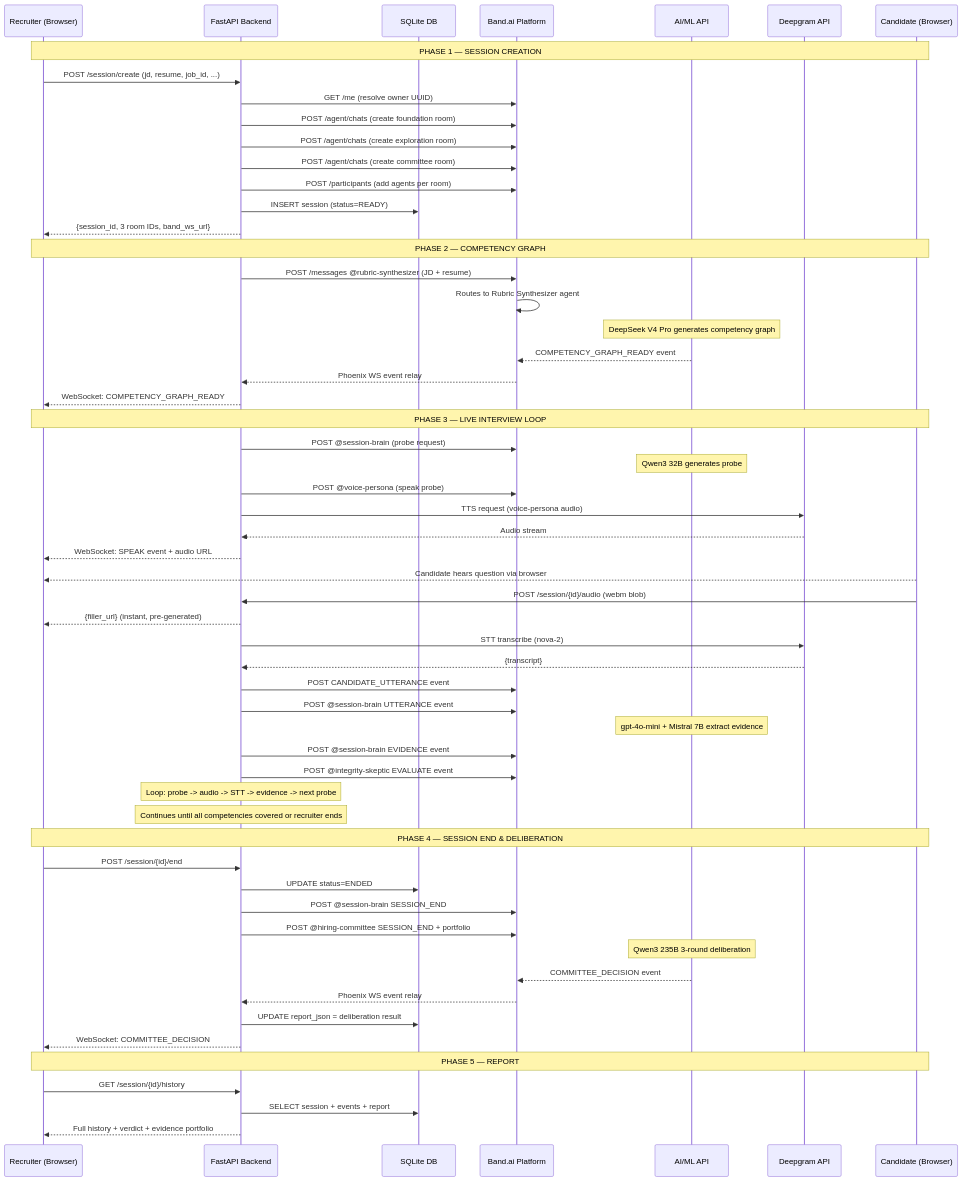
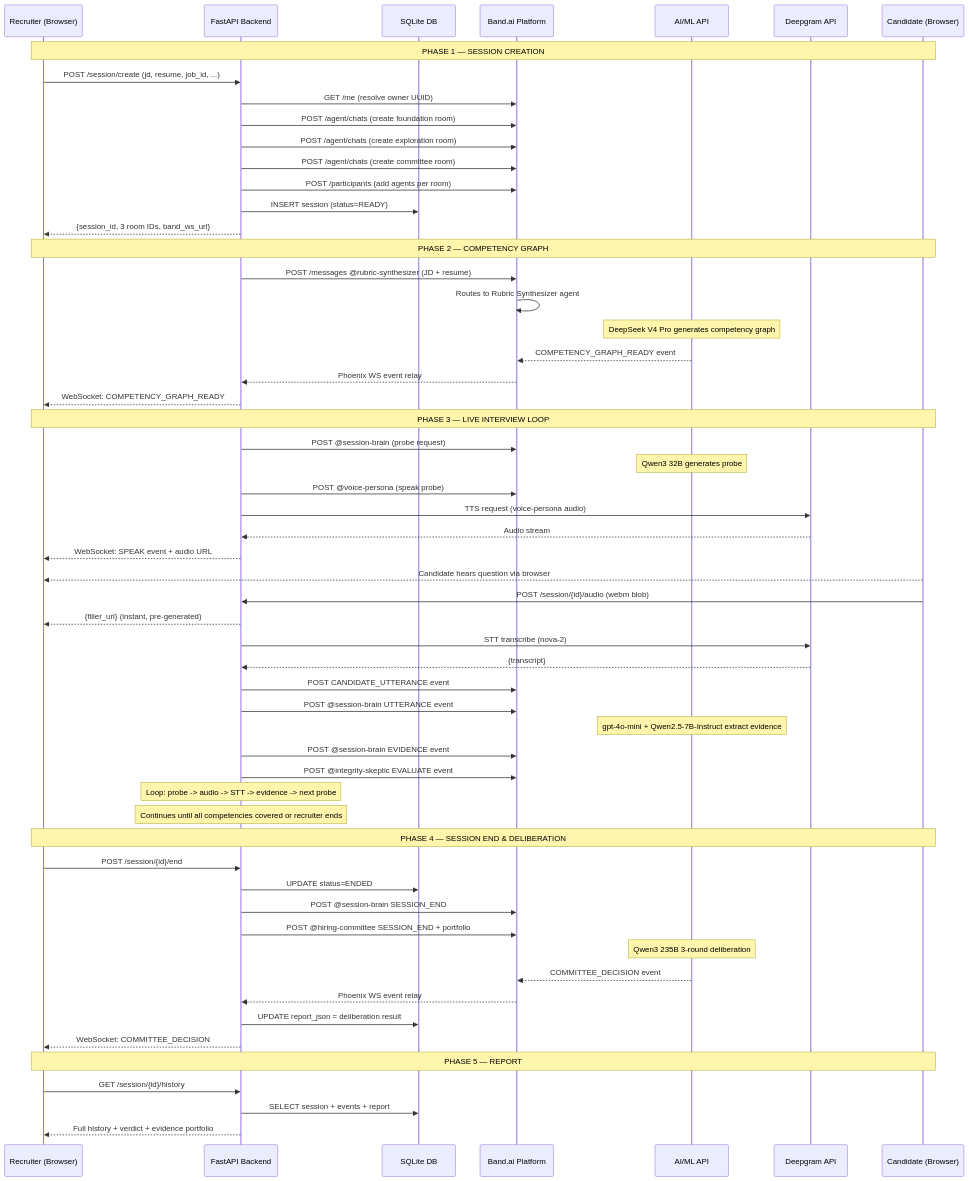
The fourth of 5 diagrams in SYSTEM_DESIGN.md (Achrefjr1997/hiring-voice), drawn with Mermaid before and after one commit. The commit also changed other lines of this file, not shown here.

````diff
--- a/SYSTEM_DESIGN.md
+++ b/SYSTEM_DESIGN.md
@@ -580,68 +601,68 @@
 ```mermaid
 sequenceDiagram
   participant R as Recruiter (Browser)
   participant API as FastAPI Backend
   participant DB as SQLite DB
   participant Band as Band.ai Platform
   participant AI as AI/ML API
   participant Deep as Deepgram API
   participant C as Candidate (Browser)
 
   Note over R,C: PHASE 1 — SESSION CREATION
   R->>API: POST /session/create (jd, resume, job_id, ...)
   API->>Band: GET /me (resolve owner UUID)
   API->>Band: POST /agent/chats (create foundation room)
   API->>Band: POST /agent/chats (create exploration room)
   API->>Band: POST /agent/chats (create committee room)
   API->>Band: POST /participants (add agents per room)
   API->>DB: INSERT session (status=READY)
   API-->>R: {session_id, 3 room IDs, band_ws_url}
 
   Note over R,C: PHASE 2 — COMPETENCY GRAPH
   API->>Band: POST /messages @rubric-synthesizer (JD + resume)
   Band->>Band: Routes to Rubric Synthesizer agent
   Note over AI: DeepSeek V4 Pro generates competency graph
   AI-->>Band: COMPETENCY_GRAPH_READY event
   Band-->>API: Phoenix WS event relay
   API-->>R: WebSocket: COMPETENCY_GRAPH_READY
 
   Note over R,C: PHASE 3 — LIVE INTERVIEW LOOP
   API->>Band: POST @session-brain (probe request)
   Note over AI: Qwen3 32B generates probe
   API->>Band: POST @voice-persona (speak probe)
   API->>Deep: TTS request (voice-persona audio)
   Deep-->>API: Audio stream
   API-->>R: WebSocket: SPEAK event + audio URL
   C-->>R: Candidate hears question via browser
 
   C->>API: POST /session/{id}/audio (webm blob)
   API-->>R: {filler_url} (instant, pre-generated)
   API->>Deep: STT transcribe (nova-2)
   Deep-->>API: {transcript}
   API->>Band: POST CANDIDATE_UTTERANCE event
   API->>Band: POST @session-brain UTTERANCE event
 
-  Note over AI: gpt-4o-mini + Mistral 7B extract evidence
+  Note over AI: gpt-4o-mini + Qwen2.5-7B-Instruct extract evidence
   API->>Band: POST @session-brain EVIDENCE event
   API->>Band: POST @integrity-skeptic EVALUATE event
 
   Note over API: Loop: probe -> audio -> STT -> evidence -> next probe
   Note over API: Continues until all competencies covered or recruiter ends
 
   Note over R,C: PHASE 4 — SESSION END & DELIBERATION
   R->>API: POST /session/{id}/end
   API->>DB: UPDATE status=ENDED
   API->>Band: POST @session-brain SESSION_END
   API->>Band: POST @hiring-committee SESSION_END + portfolio
 
   Note over AI: Qwen3 235B 3-round deliberation
   AI-->>Band: COMMITTEE_DECISION event
   Band-->>API: Phoenix WS event relay
   API->>DB: UPDATE report_json = deliberation result
   API-->>R: WebSocket: COMMITTEE_DECISION
 
   Note over R,C: PHASE 5 — REPORT
   R->>API: GET /session/{id}/history
   API->>DB: SELECT session + events + report
   API-->>R: Full history + verdict + evidence portfolio
 ```
````
